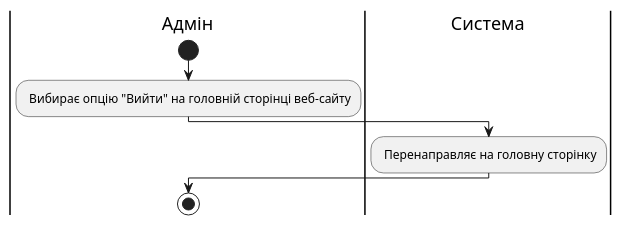
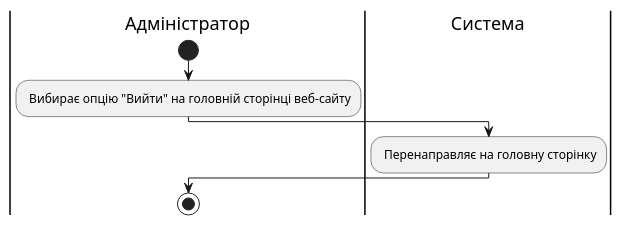
One commit to dimatortik/db-course-theme2 changed the diagram in docs/use cases/puml/use-case-14.puml. Above: the diagram before and after it, drawn with PlantUML. The commit also changed 1 other file, not shown here.

```diff
--- a/docs/use cases/puml/use-case-14.puml
+++ b/docs/use cases/puml/use-case-14.puml
@@ -8,9 +8,9 @@
 @startuml
-    |Адмін|
+    |Адміністратор|
     start;
         : Вибирає опцію "Вийти" на головній сторінці веб-сайту;
     |Система|
         : Перенаправляє на головну сторінку;
-    |Адмін|
+    |Адміністратор|
         stop;
 @enduml
```
